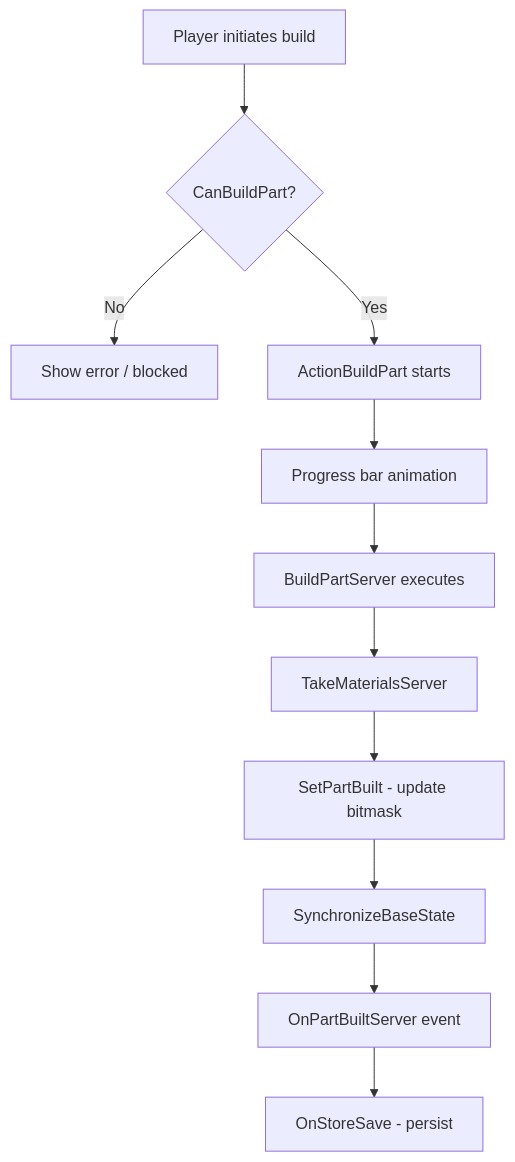
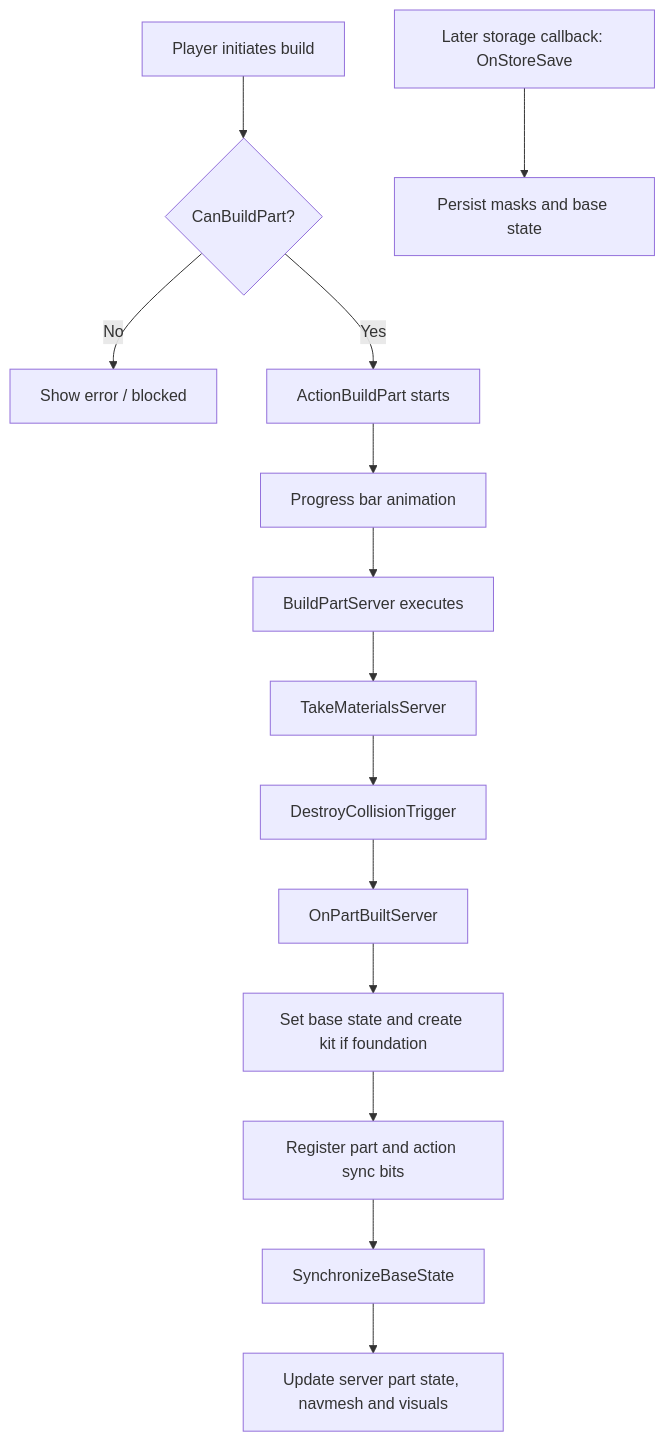
Before and after one commit to Da4EvaN00b/DayZ-Modding-Wiki: the diagram in en/06-engine-api/17-construction-system.md, drawn with Mermaid. The commit also changed other lines of this file and 221 other files, not shown here.

````diff
--- a/en/06-engine-api/17-construction-system.md
+++ b/en/06-engine-api/17-construction-system.md
@@ -121,13 +121,16 @@
 ```mermaid
 flowchart TD
     A[Player initiates build] --> B{CanBuildPart?}
     B -->|No| C[Show error / blocked]
     B -->|Yes| D[ActionBuildPart starts]
     D --> E[Progress bar animation]
     E --> F[BuildPartServer executes]
     F --> G[TakeMaterialsServer]
-    G --> H[SetPartBuilt - update bitmask]
-    H --> I[SynchronizeBaseState]
-    I --> J[OnPartBuiltServer event]
-    J --> K[OnStoreSave - persist]
+    G --> H[DestroyCollisionTrigger]
+    H --> I[OnPartBuiltServer]
+    I --> J[Set base state and create kit if foundation]
+    J --> K[Register part and action sync bits]
+    K --> L[SynchronizeBaseState]
+    L --> M[Update server part state, navmesh and visuals]
+    N[Later storage callback: OnStoreSave] --> O[Persist masks and base state]
 ```
````
